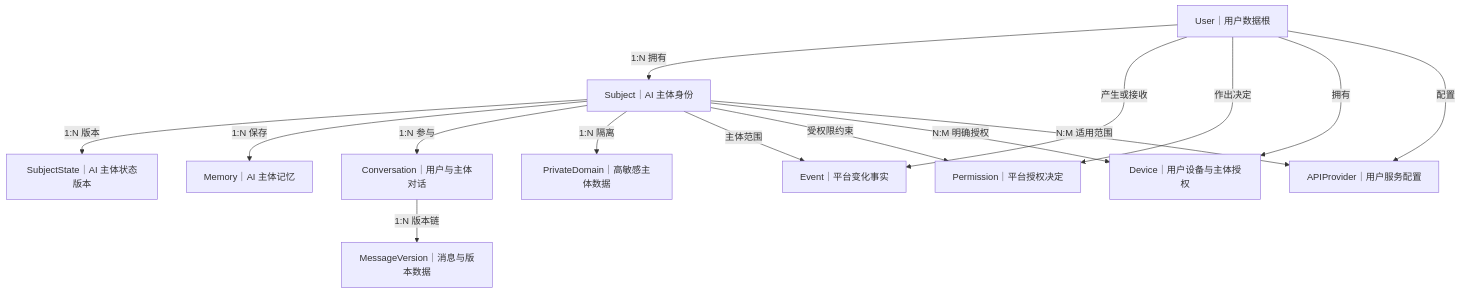
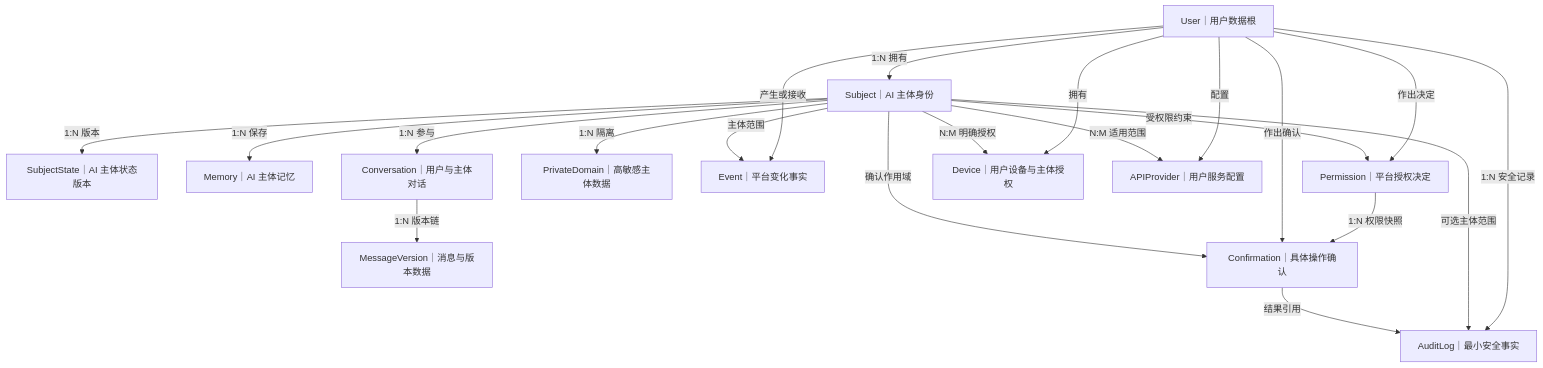
Before and after one commit to yuan69082-code/vio-live-frontend: the second of 5 diagrams in docs/后端/数据关系图.md, drawn with Mermaid. The commit also changed other lines of this file and 38 other files, not shown here.

````diff
--- a/docs/后端/数据关系图.md
+++ b/docs/后端/数据关系图.md
@@ -144,29 +171,37 @@
 ```mermaid
 flowchart TD
     U["User｜用户数据根"]
     S["Subject｜AI 主体身份"]
     SS["SubjectState｜AI 主体状态版本"]
     M["Memory｜AI 主体记忆"]
     C["Conversation｜用户与主体对话"]
     MV["MessageVersion｜消息与版本数据"]
     PD["PrivateDomain｜高敏感主体数据"]
     E["Event｜平台变化事实"]
     P["Permission｜平台授权决定"]
+    CF["Confirmation｜具体操作确认"]
+    AL["AuditLog｜最小安全事实"]
     D["Device｜用户设备与主体授权"]
     A["APIProvider｜用户服务配置"]
 
     U -->|"1:N 拥有"| S
     S -->|"1:N 版本"| SS
     S -->|"1:N 保存"| M
     S -->|"1:N 参与"| C
     C -->|"1:N 版本链"| MV
     S -->|"1:N 隔离"| PD
     U -->|"产生或接收"| E
     S -->|"主体范围"| E
     U -->|"作出决定"| P
     S -->|"受权限约束"| P
+    P -->|"1:N 权限快照"| CF
+    U -->|"作出确认"| CF
+    S -->|"确认作用域"| CF
+    U -->|"1:N 安全记录"| AL
+    S -->|"可选主体范围"| AL
+    CF -->|"结果引用"| AL
     U -->|"拥有"| D
     S -->|"N:M 明确授权"| D
     U -->|"配置"| A
     S -->|"N:M 适用范围"| A
 ```
````
